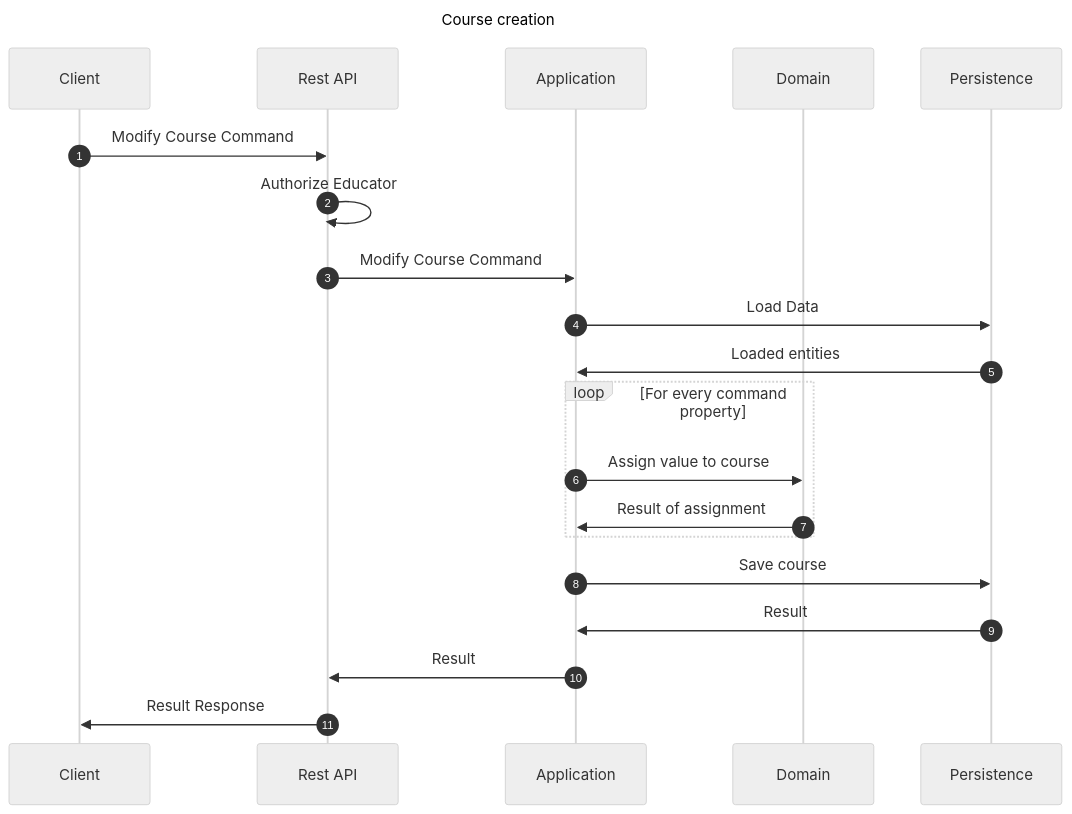
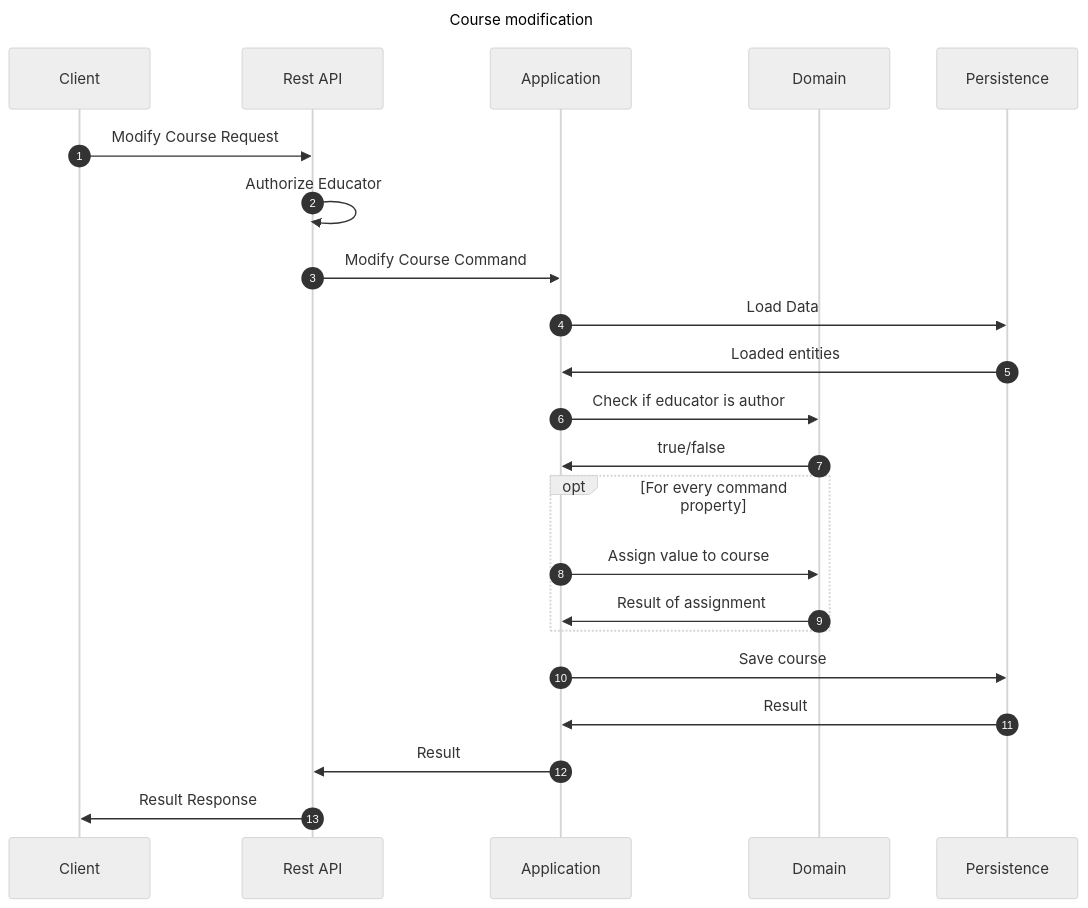
The diagram in docs/edutie/flows/management/ModifyCourse.md (EdutieProject/edutie-backend), drawn with Mermaid (neutral theme) before and after one commit. The commit also changed other lines of this file and 3 other files, not shown here.

````diff
--- a/docs/edutie/flows/management/ModifyCourse.md
+++ b/docs/edutie/flows/management/ModifyCourse.md
@@ -7,26 +7,28 @@
 ```mermaid
 ---
-title: Course creation
+title: Course modification
 ---
 sequenceDiagram
     participant Client
     participant Rest API
     participant Application
     participant Domain
     participant Persistence
     autonumber
     
-    Client->>Rest API: Modify Course Command
+    Client->>Rest API: Modify Course Request
     Rest API->>Rest API: Authorize Educator
     Rest API->>Application: Modify Course Command
     Application->>Persistence: Load Data
     Persistence->>Application: Loaded entities
-    loop For every command property
+    Application->>Domain: Check if educator is author
+    Domain->>Application: true/false
+    opt For every command property
         Application->>Domain: Assign value to course
         Domain->>Application: Result of assignment
     end
     Application->>Persistence: Save course
     Persistence->>Application: Result
     Application->>Rest API: Result
     Rest API->>Client: Result Response
 ```
````
